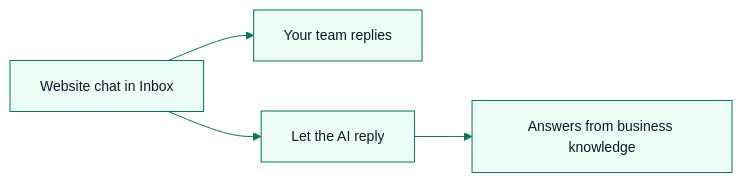
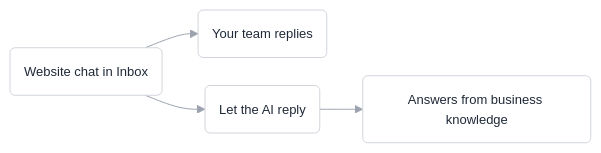
The diagram in guides/website-chat.mdx (BharathVasireddy/marro-docs), drawn with Mermaid before and after one commit. The commit also changed other lines of this file and 95 other files, not shown here.

First line of the commit message:
One guide per settings screen, in the Settings menu's order, with diagrams only where they are needed

````diff
--- a/guides/website-chat.mdx
+++ b/guides/website-chat.mdx
@@ -59,6 +56,6 @@
 ```mermaid
-%%{init: {'theme':'base','themeVariables':{'primaryColor':'#ecfdf5','primaryBorderColor':'#047857','primaryTextColor':'#0f172a','lineColor':'#047857','fontSize':'14px'}}}%%
+%%{init: {'theme':'base','flowchart':{'curve':'basis','padding':14,'nodeSpacing':28,'rankSpacing':36},'themeVariables':{'primaryColor':'#ffffff','primaryBorderColor':'#d1d5db','primaryTextColor':'#1f2937','lineColor':'#9ca3af','fontFamily':'Inter, ui-sans-serif, sans-serif','fontSize':'13px','edgeLabelBackground':'#ffffff'}}}%%
 flowchart LR
-  A[Website chat in Inbox] --> B[Your team replies]
-  A --> C[Let the AI reply] --> D[Answers from business knowledge]
+  A(Website chat in Inbox) --> B(Your team replies)
+  A --> C(Let the AI reply) --> D(Answers from business knowledge)
 ```
````
